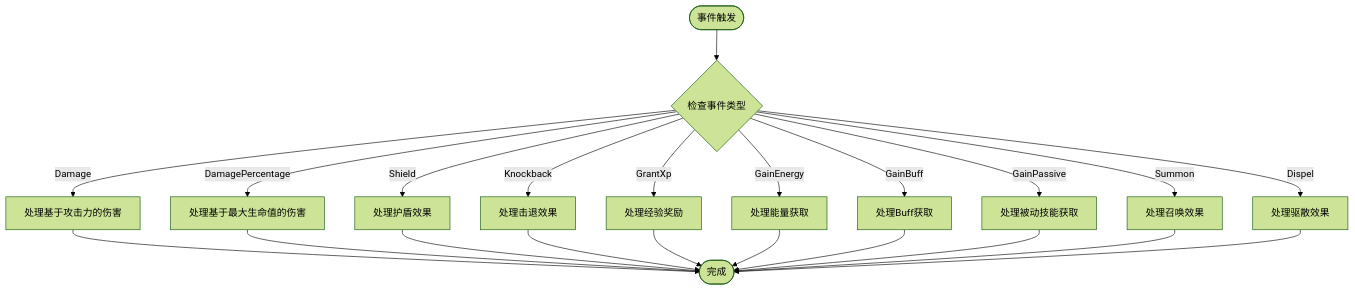
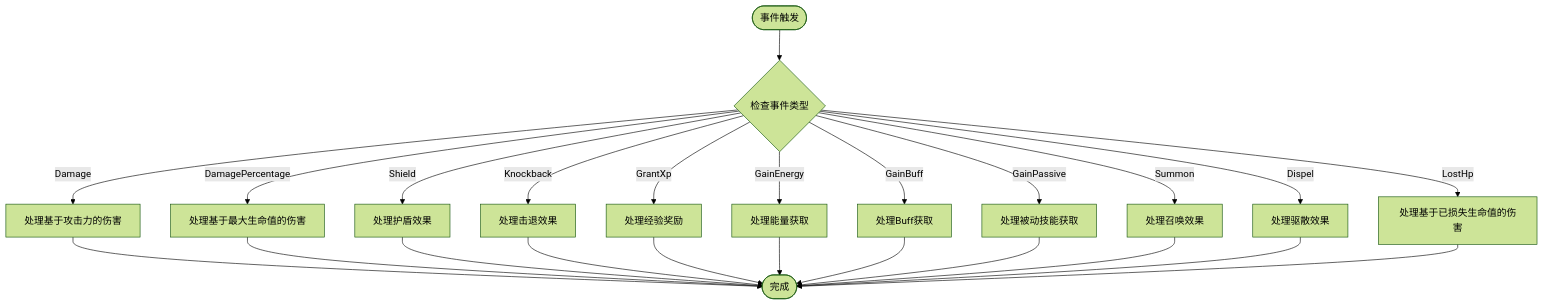
One commit to Tuusen/p1_client changed the tenth of 15 diagrams in .qoder/repowiki/zh/content/核心架构/游戏常量与类型.md. Above: the diagram before and after it, drawn with Mermaid (forest theme). The commit also changed other lines of this file and 14 other files, not shown here.

````diff
--- a/.qoder/repowiki/zh/content/核心架构/游戏常量与类型.md
+++ b/.qoder/repowiki/zh/content/核心架构/游戏常量与类型.md
@@ -468,24 +475,26 @@
 ```mermaid
 flowchart TD
 Start([事件触发]) --> CheckType{"检查事件类型"}
 CheckType --> |Damage| HandleDamage["处理基于攻击力的伤害"]
 CheckType --> |DamagePercentage| HandleDamagePercentage["处理基于最大生命值的伤害"]
 CheckType --> |Shield| HandleShield["处理护盾效果"]
 CheckType --> |Knockback| HandleKnockback["处理击退效果"]
 CheckType --> |GrantXp| HandleGrantXp["处理经验奖励"]
 CheckType --> |GainEnergy| HandleGainEnergy["处理能量获取"]
 CheckType --> |GainBuff| HandleGainBuff["处理Buff获取"]
 CheckType --> |GainPassive| HandleGainPassive["处理被动技能获取"]
 CheckType --> |Summon| HandleSummon["处理召唤效果"]
 CheckType --> |Dispel| HandleDispel["处理驱散效果"]
+CheckType --> |LostHp| HandleLostHp["处理基于已损失生命值的伤害"]
 HandleDamage --> End([完成])
 HandleDamagePercentage --> End
 HandleShield --> End
 HandleKnockback --> End
 HandleGrantXp --> End
 HandleGainEnergy --> End
 HandleGainBuff --> End
 HandleGainPassive --> End
 HandleSummon --> End
 HandleDispel --> End
+HandleLostHp --> End
 ```
````
